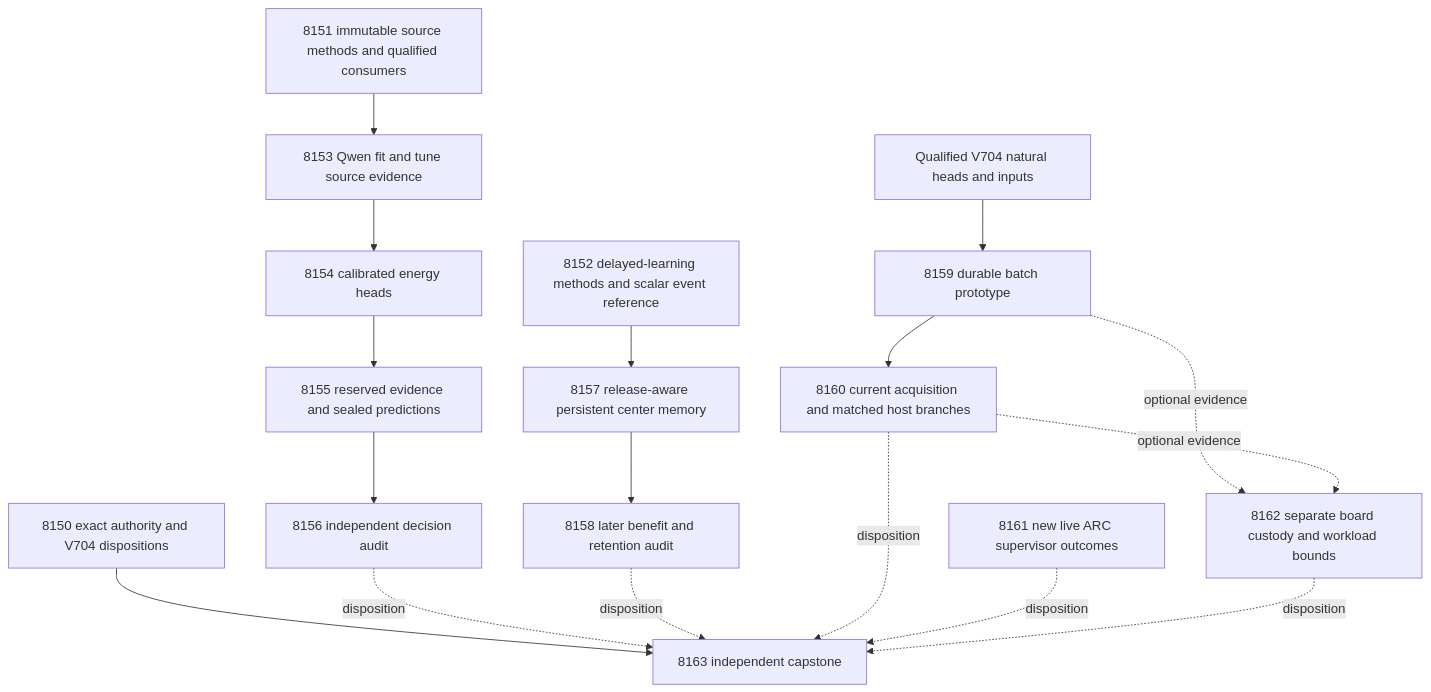
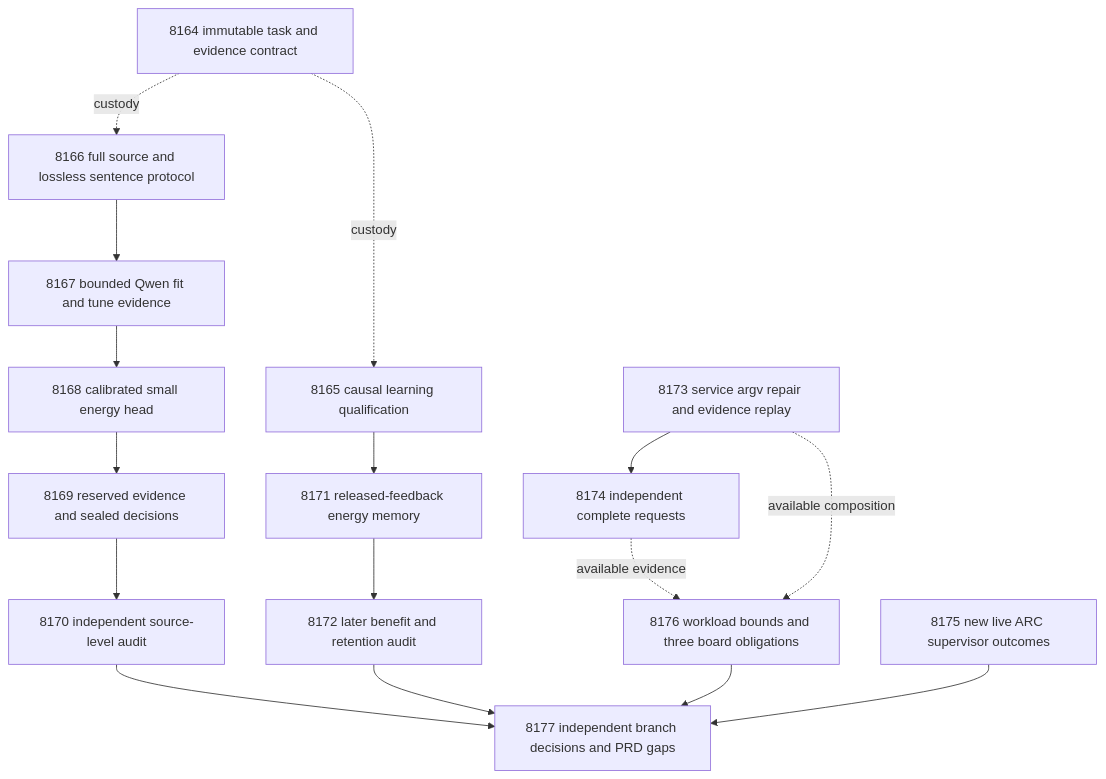
The diagram in openspec/change-proposals/research-roadmap-vNEXT.md (Carnot-EBM/carnot-ebm), drawn with Mermaid before and after one commit. The commit also changed other lines of this file and 13 other files, not shown here.

````diff
--- a/openspec/change-proposals/research-roadmap-vNEXT.md
+++ b/openspec/change-proposals/research-roadmap-vNEXT.md
@@ -101,24 +100,28 @@
 ```mermaid
 flowchart TD
-    A[8150 exact authority and V704 dispositions]
-    B[8151 immutable source methods and qualified consumers]
-    C[8152 delayed-learning methods and scalar event reference]
-    B --> D[8153 Qwen fit and tune source evidence]
-    D --> E[8154 calibrated energy heads]
-    E --> F[8155 reserved evidence and sealed predictions]
-    F --> G[8156 independent decision audit]
-    C --> H[8157 release-aware persistent center memory]
-    H --> I[8158 later benefit and retention audit]
-    J[Qualified V704 natural heads and inputs] --> K[8159 durable batch prototype]
-    K --> L[8160 current acquisition and matched host branches]
-    M[8161 new live ARC supervisor outcomes]
-    N[8162 separate board custody and workload bounds]
-    K -. optional evidence .-> N
-    L -. optional evidence .-> N
-    A --> O[8163 independent capstone]
-    G -. disposition .-> O
-    I -. disposition .-> O
-    L -. disposition .-> O
-    M -. disposition .-> O
-    N -. disposition .-> O
+  C[8164 immutable task and evidence contract]
+  S[8166 full source and lossless sentence protocol]
+  F[8167 bounded Qwen fit and tune evidence]
+  E[8168 calibrated small energy head]
+  R[8169 reserved evidence and sealed decisions]
+  A[8170 independent source-level audit]
+  Q[8165 causal learning qualification]
+  L[8171 released-feedback energy memory]
+  T[8172 later benefit and retention audit]
+  V[8173 service argv repair and evidence replay]
+  P[8174 independent complete requests]
+  H[8176 workload bounds and three board obligations]
+  O[8175 new live ARC supervisor outcomes]
+  X[8177 independent branch decisions and PRD gaps]
+  C -. custody .-> S
+  C -. custody .-> Q
+  S --> F --> E --> R --> A
+  Q --> L --> T
+  V --> P
+  P -. available evidence .-> H
+  V -. available composition .-> H
+  A --> X
+  T --> X
+  H --> X
+  O --> X
 ```
````
